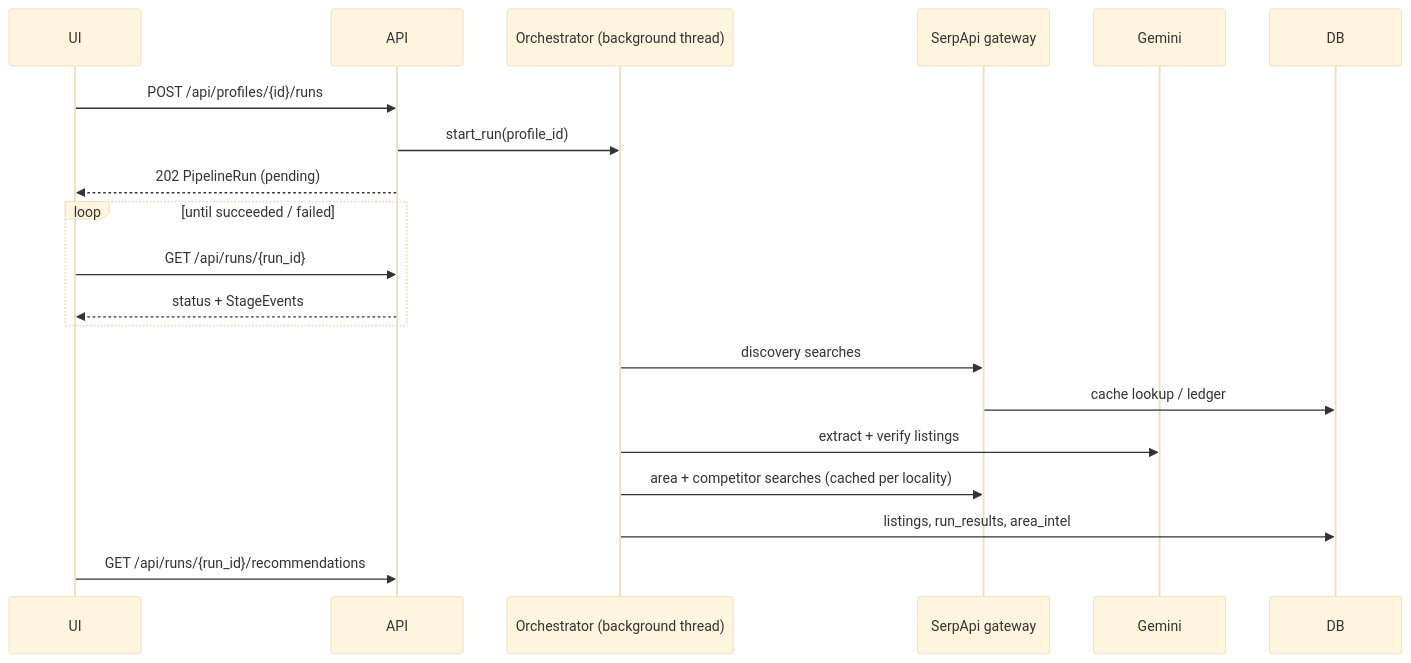
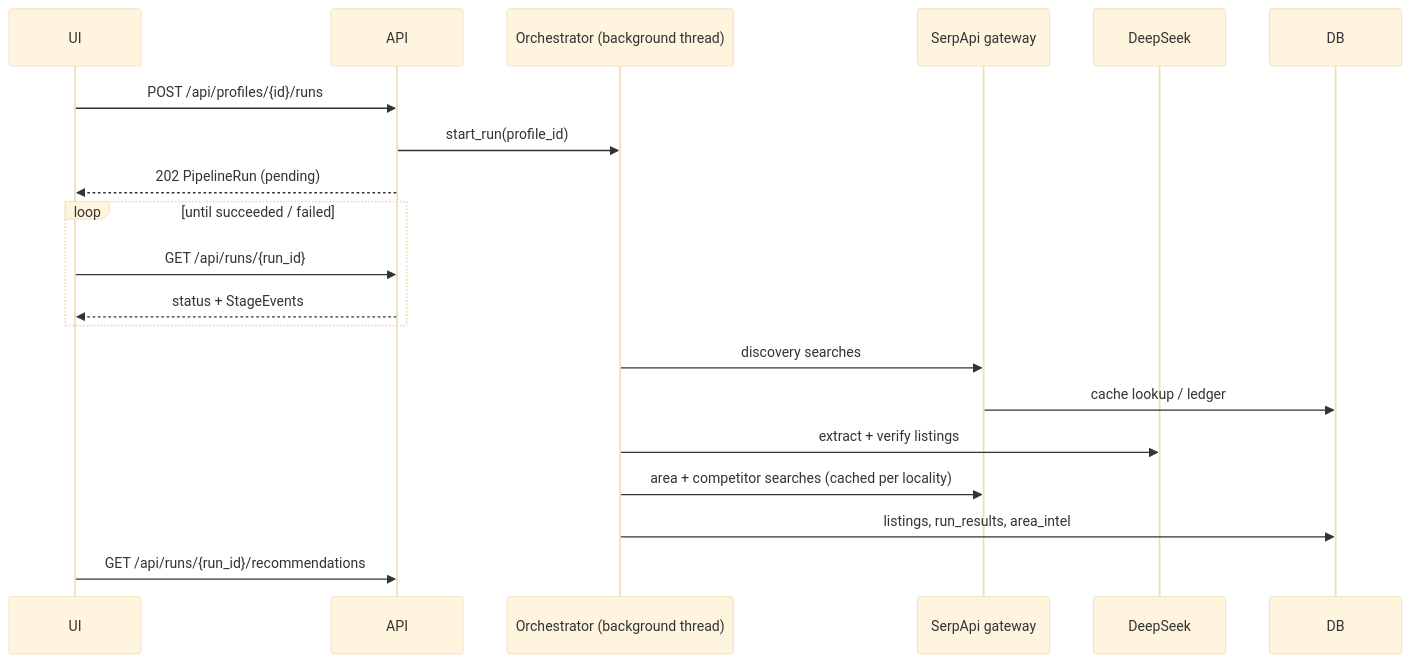
The second of 2 diagrams in docs/ARCHITECTURE.md (mrinesh/SerpAPI_Hack), drawn with Mermaid (base theme) before and after one commit. The commit also changed other lines of this file and 26 other files, not shown here.

Commit message:
DeepSeek Support - Added API KEY and setup config

````diff
--- a/docs/ARCHITECTURE.md
+++ b/docs/ARCHITECTURE.md
@@ -78,23 +78,23 @@
 ```mermaid
 sequenceDiagram
     participant UI
     participant API
     participant Orch as Orchestrator (background thread)
     participant GW as SerpApi gateway
-    participant LLM as Gemini
+    participant LLM as DeepSeek
     participant DB
 
     UI->>API: POST /api/profiles/{id}/runs
     API->>Orch: start_run(profile_id)
     API-->>UI: 202 PipelineRun (pending)
     loop until succeeded / failed
         UI->>API: GET /api/runs/{run_id}
         API-->>UI: status + StageEvents
     end
     Orch->>GW: discovery searches
     GW->>DB: cache lookup / ledger
     Orch->>LLM: extract + verify listings
     Orch->>GW: area + competitor searches (cached per locality)
     Orch->>DB: listings, run_results, area_intel
     UI->>API: GET /api/runs/{run_id}/recommendations
 ```
````
